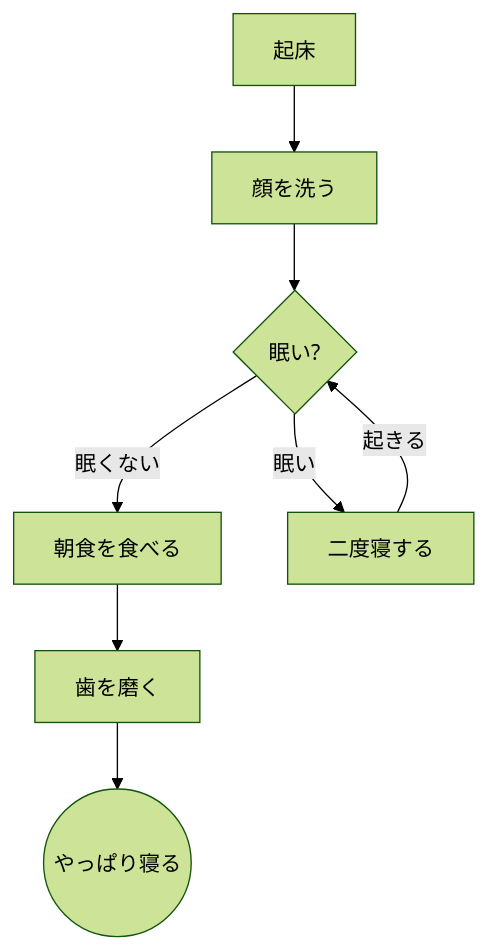
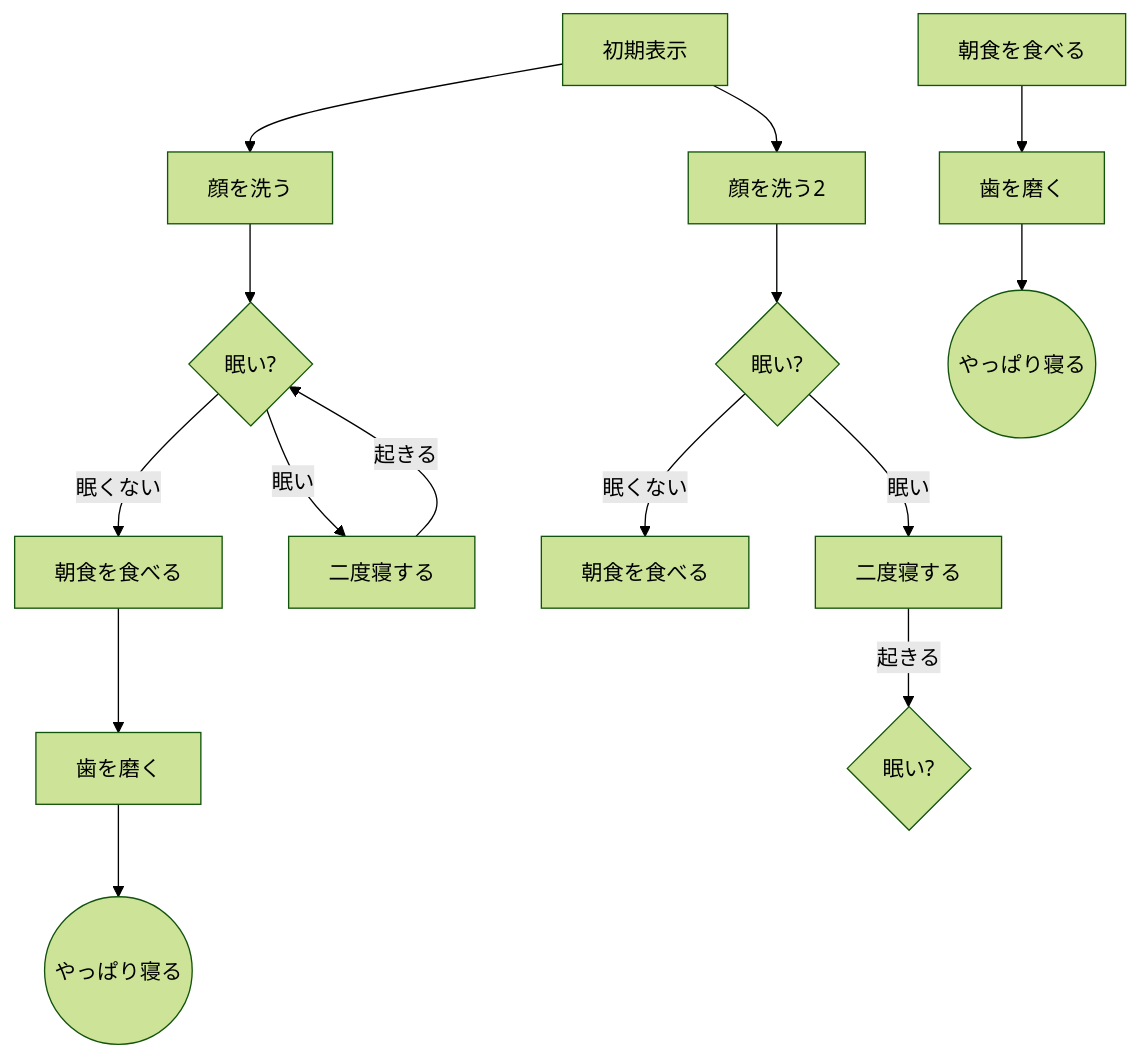
One commit to N3question/jsp-servlet-calculator changed the diagram in 基本設計書.md. Above: the diagram before and after it, drawn with Mermaid (forest theme).

````diff
--- a/基本設計書.md
+++ b/基本設計書.md
@@ -47,9 +47,15 @@
 ```mermaid
 flowchart TB
-    A[起床] --> B[顔を洗う] -->
+    A[初期表示] --> B[顔を洗う] -->
     C{眠い?} -- 眠くない --> D[朝食を食べる]
     C{眠い?} -- 眠い --> E[二度寝する] -- 起きる --> C{眠い?}
     D[朝食を食べる] --> 
     F[歯を磨く] -->
     G((やっぱり寝る))
+    A[初期表示] --> H[顔を洗う2] -->
+    I{眠い?} -- 眠くない --> J[朝食を食べる]
+    I{眠い?} -- 眠い --> K[二度寝する] -- 起きる --> L{眠い?}
+    M[朝食を食べる] --> 
+    N[歯を磨く] -->
+    O((やっぱり寝る))
 ```
````
